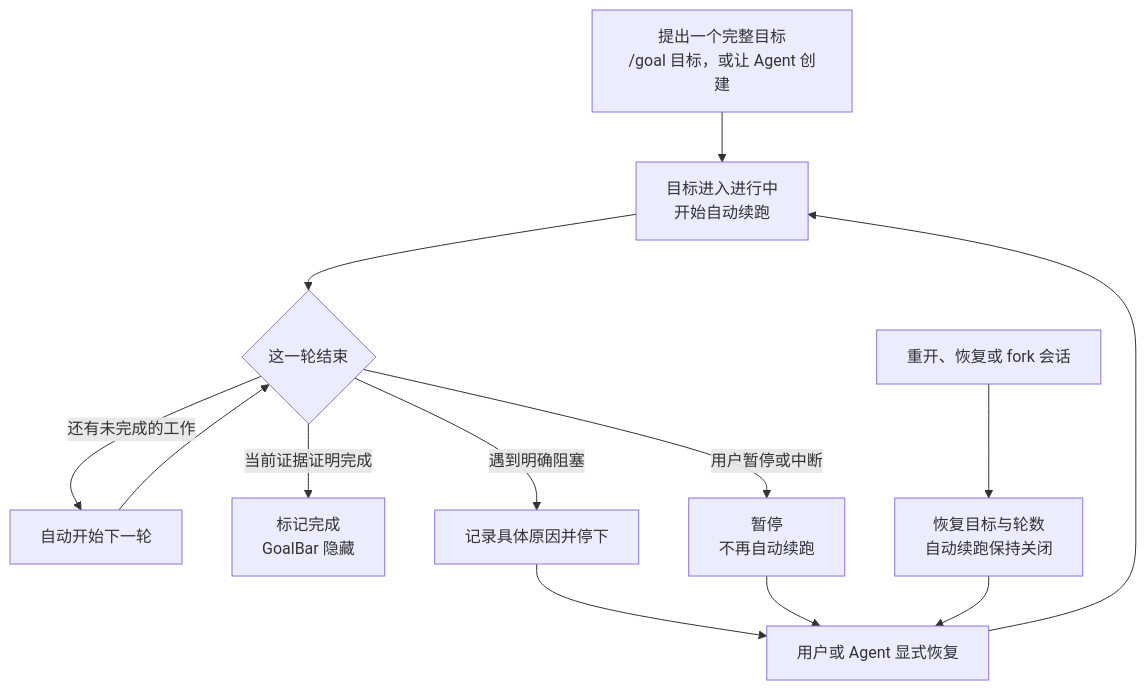
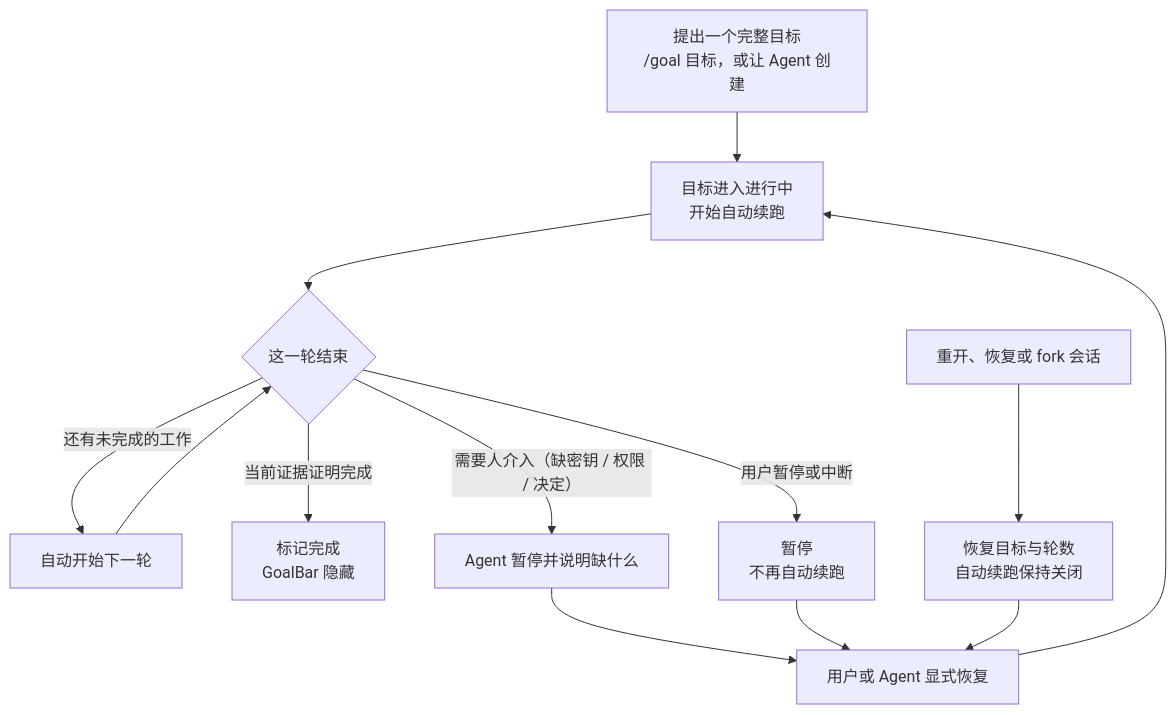
The second of 3 diagrams in README.md (Menghuan1918/dsh-better-goal), drawn with Mermaid before and after one commit. The commit also changed other lines of this file and 10 other files, not shown here.

````diff
--- a/README.md
+++ b/README.md
@@ -99,15 +99,15 @@
 ```mermaid
 flowchart TD
     A["提出一个完整目标<br/>/goal 目标，或让 Agent 创建"] --> B["目标进入进行中<br/>开始自动续跑"]
     B --> C{"这一轮结束"}
     C -->|"还有未完成的工作"| D["自动开始下一轮"]
     D --> C
     C -->|"当前证据证明完成"| E["标记完成<br/>GoalBar 隐藏"]
-    C -->|"遇到明确阻塞"| F["记录具体原因并停下"]
+    C -->|"需要人介入（缺密钥 / 权限 / 决定）"| F["Agent 暂停并说明缺什么"]
     C -->|"用户暂停或中断"| G["暂停<br/>不再自动续跑"]
     F --> H["用户或 Agent 显式恢复"]
     G --> H
     H --> B
     J["重开、恢复或 fork 会话"] --> K["恢复目标与轮数<br/>自动续跑保持关闭"]
     K --> H
 ```
````
